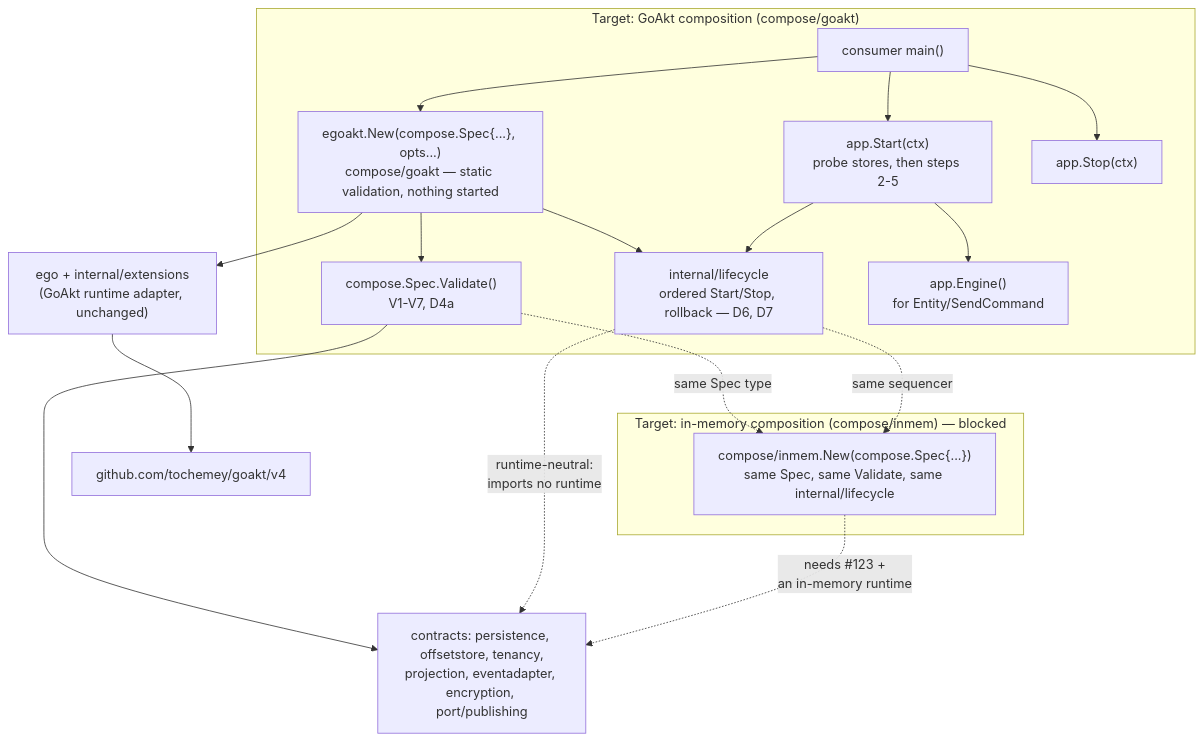
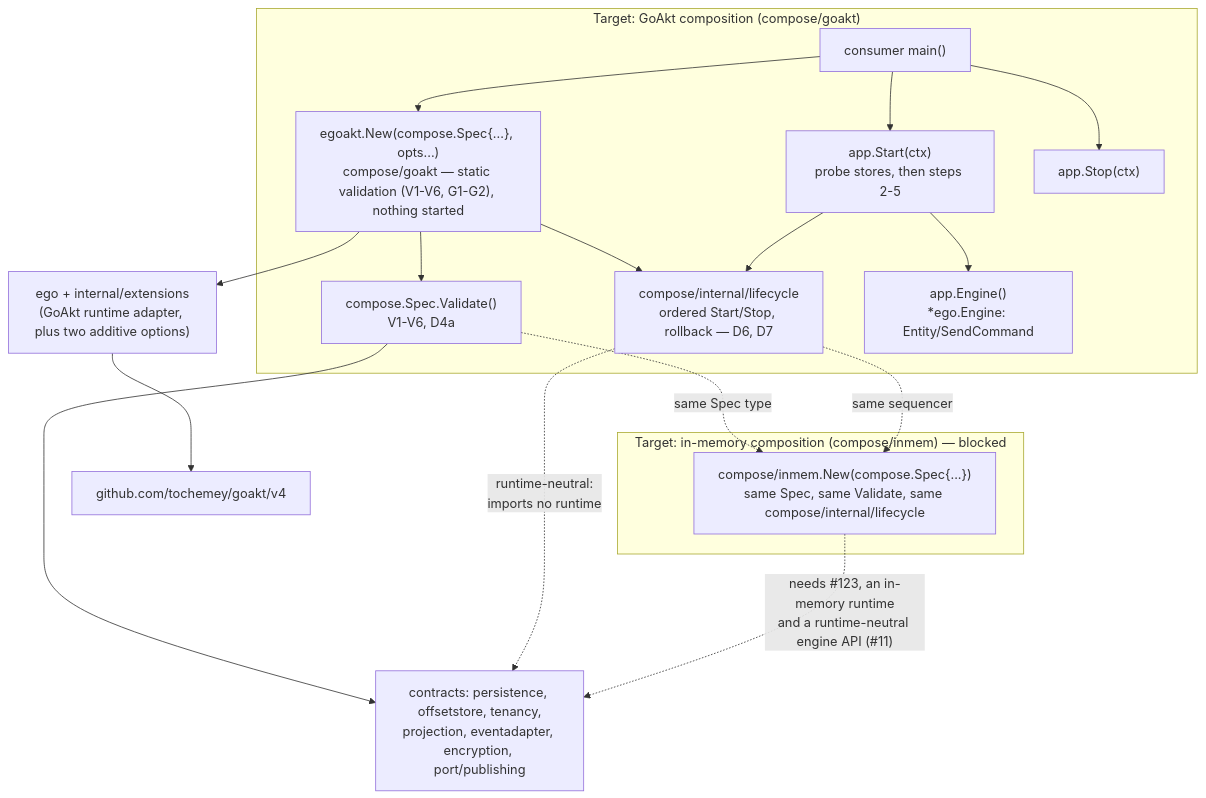
The second of 2 diagrams in openspec/changes/ego-arch-003/design.md (getsyntegrity/ego), drawn with Mermaid before and after one commit. The commit also changed other lines of this file and 1 other file, not shown here.

First line of the commit message:
docs(arch): resolve review of ego-arch-003 design (#105)

````diff
--- a/openspec/changes/ego-arch-003/design.md
+++ b/openspec/changes/ego-arch-003/design.md
@@ -151,33 +204,33 @@
 ```mermaid
 flowchart TB
   subgraph target["Target: GoAkt composition (compose/goakt)"]
     main2["consumer main()"]
-    egoakt["egoakt.New(compose.Spec{...}, opts...)<br/>compose/goakt — static validation, nothing started"]
-    specv["compose.Spec.Validate()<br/>V1-V7, D4a"]
-    life["internal/lifecycle<br/>ordered Start/Stop, rollback — D6, D7"]
+    egoakt["egoakt.New(compose.Spec{...}, opts...)<br/>compose/goakt — static validation (V1-V6, G1-G2), nothing started"]
+    specv["compose.Spec.Validate()<br/>V1-V6, D4a"]
+    life["compose/internal/lifecycle<br/>ordered Start/Stop, rollback — D6, D7"]
     app["app.Start(ctx)<br/>probe stores, then steps 2-5"]
-    engref["app.Engine()<br/>for Entity/SendCommand"]
+    engref["app.Engine()<br/>*ego.Engine: Entity/SendCommand"]
     stopref["app.Stop(ctx)"]
 
     main2 --> egoakt --> specv
     egoakt --> life
     app --> life
     main2 --> app --> engref
     main2 --> stopref
   end
 
   contracts["contracts: persistence, offsetstore, tenancy,<br/>projection, eventadapter, encryption, port/publishing"]
-  ego["ego + internal/extensions<br/>(GoAkt runtime adapter, unchanged)"]
+  ego["ego + internal/extensions<br/>(GoAkt runtime adapter, plus two additive options)"]
   goakt["github.com/tochemey/goakt/v4"]
 
   specv --> contracts
   egoakt --> ego --> goakt
   life -.->|"runtime-neutral:<br/>imports no runtime"| contracts
 
   subgraph blocked["Target: in-memory composition (compose/inmem) — blocked"]
-    inmem["compose/inmem.New(compose.Spec{...})<br/>same Spec, same Validate, same internal/lifecycle"]
+    inmem["compose/inmem.New(compose.Spec{...})<br/>same Spec, same Validate, same compose/internal/lifecycle"]
   end
   specv -.->|"same Spec type"| inmem
   life -.->|"same sequencer"| inmem
-  inmem -.->|"needs #123 +<br/>an in-memory runtime"| contracts
+  inmem -.->|"needs #123, an in-memory runtime<br/>and a runtime-neutral engine API (#11)"| contracts
 ```
````
